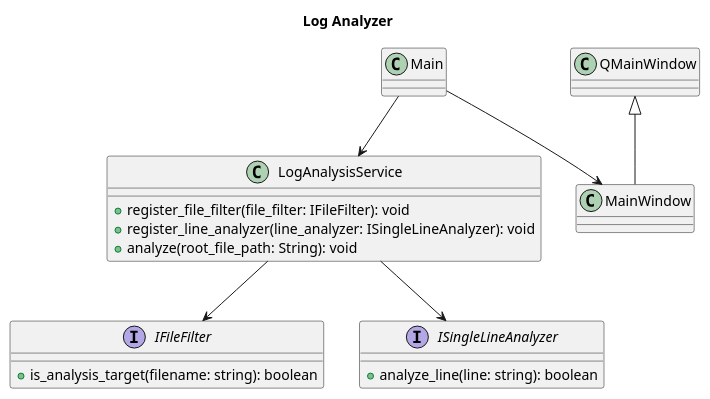
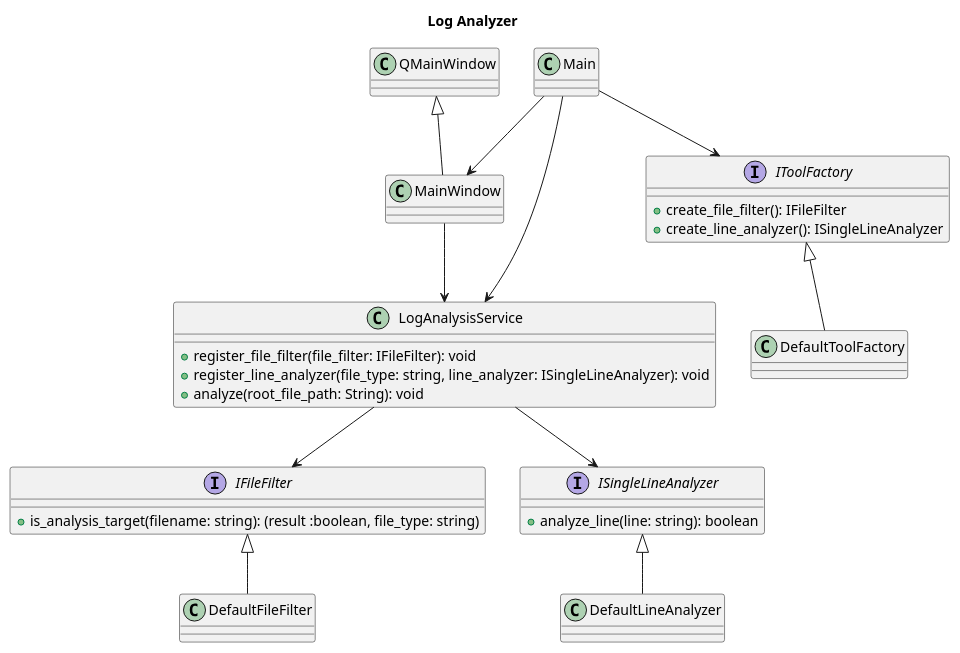
The diagram in doc/log_analyzer.puml (Takayoshi-Matsuyama/log_analyzer), drawn with PlantUML before and after one commit.

Commit message:
Updated - class diagram

```diff
--- a/doc/log_analyzer.puml
+++ b/doc/log_analyzer.puml
@@ -1,51 +1,72 @@
 @startuml log_analyzer
 
 'Copyright 2026 Takayoshi Matsuyama
 '
 'Licensed under the Apache License, Version 2.0 (the "License");
 'you may not use this file except in compliance with the License.
 'You may obtain a copy of the License at
 '
 '    http://www.apache.org/licenses/LICENSE-2.0
 '
 'Unless required by applicable law or agreed to in writing, software
 'distributed under the License is distributed on an "AS IS" BASIS,
 'WITHOUT WARRANTIES OR CONDITIONS OF ANY KIND, either express or implied.
 'See the License for the specific language governing permissions and
 'limitations under the License.
 
 title Log Analyzer
 
 
 
 interface IFileFilter
 {
-    +is_analysis_target(filename: string): boolean
+    +is_analysis_target(filename: string): (result :boolean, file_type: string)
 }
+
+class DefaultFileFilter {}
+
+IFileFilter <|-- DefaultFileFilter
 
 interface ISingleLineAnalyzer
 {
     +analyze_line(line: string): boolean
 }
 
+class DefaultLineAnalyzer {}
+
+ISingleLineAnalyzer <|-- DefaultLineAnalyzer
+
+
+interface IToolFactory
+{
+    +create_file_filter(): IFileFilter
+    +create_line_analyzer(): ISingleLineAnalyzer
+}
+
+class DefaultToolFactory {}
+
+IToolFactory <|-- DefaultToolFactory
+
 class LogAnalysisService
 {
     +register_file_filter(file_filter: IFileFilter): void
-    +register_line_analyzer(line_analyzer: ISingleLineAnalyzer): void
+    +register_line_analyzer(file_type: string, line_analyzer: ISingleLineAnalyzer): void
     +analyze(root_file_path: String): void
 }
 
 class QMainWindow {}
 
 class MainWindow {}
 
 QMainWindow <|-- MainWindow
 
 class Main {}
 
 LogAnalysisService --> IFileFilter
 LogAnalysisService --> ISingleLineAnalyzer
+Main --> IToolFactory
 Main --> LogAnalysisService
 Main --> MainWindow
+MainWindow --> LogAnalysisService
 
 @enduml
```
